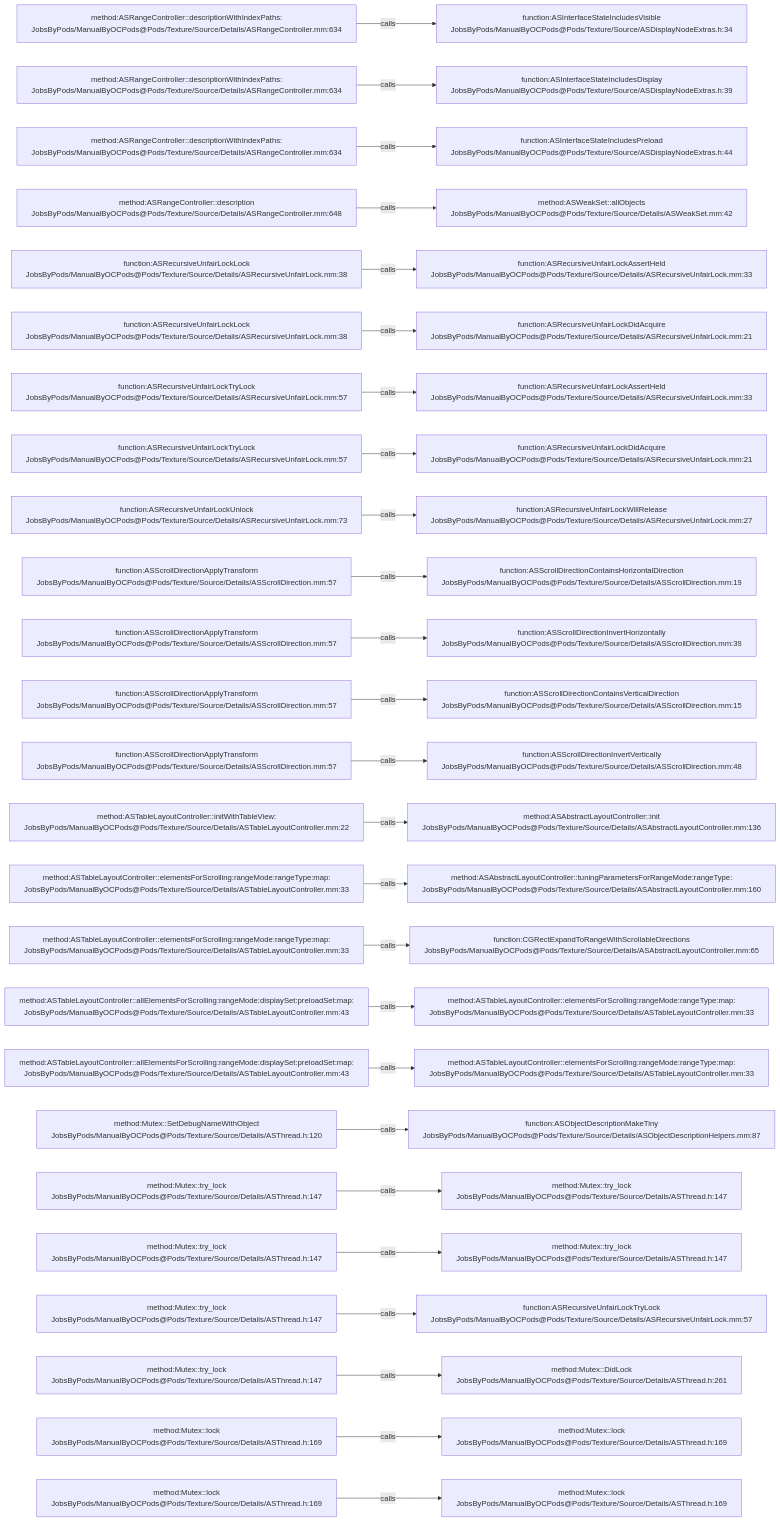
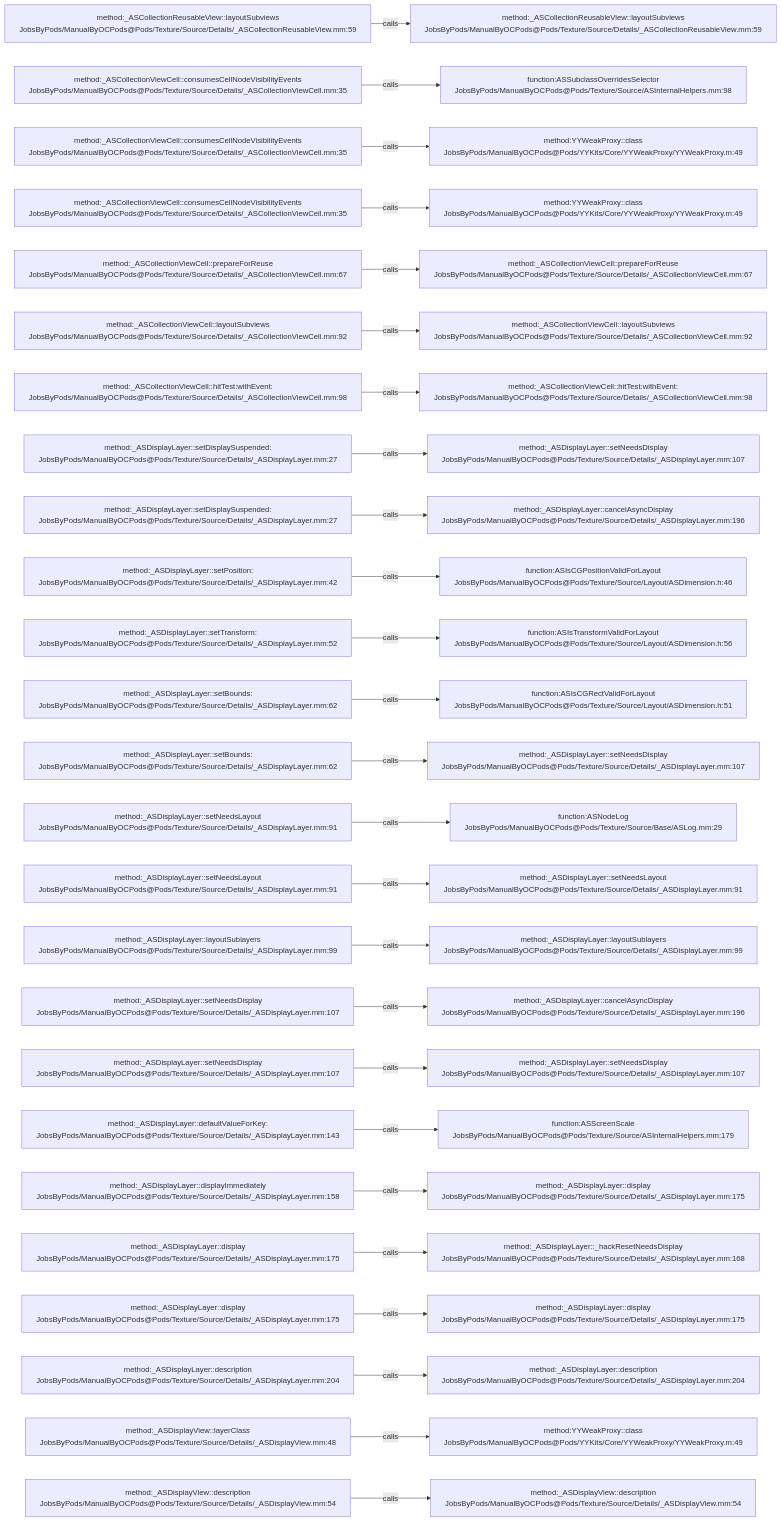
The diagram in .codegraph/codegraph.md/graphs/calls-163.md (JobsKits/JobsOCBaseConfigDemo), drawn with Mermaid before and after one commit. The commit also changed 1448 other files, not shown here.

````diff
--- a/.codegraph/codegraph.md/graphs/calls-163.md
+++ b/.codegraph/codegraph.md/graphs/calls-163.md
@@ -13,78 +13,78 @@
 ```mermaid
 flowchart LR
-  S1["method:ASRangeController::descriptionWithIndexPaths:<br/>JobsByPods/ManualByOCPods@Pods/Texture/Source/Details/ASRangeController.mm:634"]
-  T1["function:ASInterfaceStateIncludesVisible<br/>JobsByPods/ManualByOCPods@Pods/Texture/Source/ASDisplayNodeExtras.h:34"]
+  S1["method:_ASCollectionReusableView::layoutSubviews<br/>JobsByPods/ManualByOCPods@Pods/Texture/Source/Details/_ASCollectionReusableView.mm:59"]
+  T1["method:_ASCollectionReusableView::layoutSubviews<br/>JobsByPods/ManualByOCPods@Pods/Texture/Source/Details/_ASCollectionReusableView.mm:59"]
   S1 -->|calls| T1
-  S2["method:ASRangeController::descriptionWithIndexPaths:<br/>JobsByPods/ManualByOCPods@Pods/Texture/Source/Details/ASRangeController.mm:634"]
-  T2["function:ASInterfaceStateIncludesDisplay<br/>JobsByPods/ManualByOCPods@Pods/Texture/Source/ASDisplayNodeExtras.h:39"]
+  S2["method:_ASCollectionViewCell::consumesCellNodeVisibilityEvents<br/>JobsByPods/ManualByOCPods@Pods/Texture/Source/Details/_ASCollectionViewCell.mm:35"]
+  T2["function:ASSubclassOverridesSelector<br/>JobsByPods/ManualByOCPods@Pods/Texture/Source/ASInternalHelpers.mm:98"]
   S2 -->|calls| T2
-  S3["method:ASRangeController::descriptionWithIndexPaths:<br/>JobsByPods/ManualByOCPods@Pods/Texture/Source/Details/ASRangeController.mm:634"]
-  T3["function:ASInterfaceStateIncludesPreload<br/>JobsByPods/ManualByOCPods@Pods/Texture/Source/ASDisplayNodeExtras.h:44"]
+  S3["method:_ASCollectionViewCell::consumesCellNodeVisibilityEvents<br/>JobsByPods/ManualByOCPods@Pods/Texture/Source/Details/_ASCollectionViewCell.mm:35"]
+  T3["method:YYWeakProxy::class<br/>JobsByPods/ManualByOCPods@Pods/YYKits/Core/YYWeakProxy/YYWeakProxy.m:49"]
   S3 -->|calls| T3
-  S4["method:ASRangeController::description<br/>JobsByPods/ManualByOCPods@Pods/Texture/Source/Details/ASRangeController.mm:648"]
-  T4["method:ASWeakSet::allObjects<br/>JobsByPods/ManualByOCPods@Pods/Texture/Source/Details/ASWeakSet.mm:42"]
+  S4["method:_ASCollectionViewCell::consumesCellNodeVisibilityEvents<br/>JobsByPods/ManualByOCPods@Pods/Texture/Source/Details/_ASCollectionViewCell.mm:35"]
+  T4["method:YYWeakProxy::class<br/>JobsByPods/ManualByOCPods@Pods/YYKits/Core/YYWeakProxy/YYWeakProxy.m:49"]
   S4 -->|calls| T4
-  S5["function:ASRecursiveUnfairLockLock<br/>JobsByPods/ManualByOCPods@Pods/Texture/Source/Details/ASRecursiveUnfairLock.mm:38"]
-  T5["function:ASRecursiveUnfairLockAssertHeld<br/>JobsByPods/ManualByOCPods@Pods/Texture/Source/Details/ASRecursiveUnfairLock.mm:33"]
+  S5["method:_ASCollectionViewCell::prepareForReuse<br/>JobsByPods/ManualByOCPods@Pods/Texture/Source/Details/_ASCollectionViewCell.mm:67"]
+  T5["method:_ASCollectionViewCell::prepareForReuse<br/>JobsByPods/ManualByOCPods@Pods/Texture/Source/Details/_ASCollectionViewCell.mm:67"]
   S5 -->|calls| T5
-  S6["function:ASRecursiveUnfairLockLock<br/>JobsByPods/ManualByOCPods@Pods/Texture/Source/Details/ASRecursiveUnfairLock.mm:38"]
-  T6["function:ASRecursiveUnfairLockDidAcquire<br/>JobsByPods/ManualByOCPods@Pods/Texture/Source/Details/ASRecursiveUnfairLock.mm:21"]
+  S6["method:_ASCollectionViewCell::layoutSubviews<br/>JobsByPods/ManualByOCPods@Pods/Texture/Source/Details/_ASCollectionViewCell.mm:92"]
+  T6["method:_ASCollectionViewCell::layoutSubviews<br/>JobsByPods/ManualByOCPods@Pods/Texture/Source/Details/_ASCollectionViewCell.mm:92"]
   S6 -->|calls| T6
-  S7["function:ASRecursiveUnfairLockTryLock<br/>JobsByPods/ManualByOCPods@Pods/Texture/Source/Details/ASRecursiveUnfairLock.mm:57"]
-  T7["function:ASRecursiveUnfairLockAssertHeld<br/>JobsByPods/ManualByOCPods@Pods/Texture/Source/Details/ASRecursiveUnfairLock.mm:33"]
+  S7["method:_ASCollectionViewCell::hitTest:withEvent:<br/>JobsByPods/ManualByOCPods@Pods/Texture/Source/Details/_ASCollectionViewCell.mm:98"]
+  T7["method:_ASCollectionViewCell::hitTest:withEvent:<br/>JobsByPods/ManualByOCPods@Pods/Texture/Source/Details/_ASCollectionViewCell.mm:98"]
   S7 -->|calls| T7
-  S8["function:ASRecursiveUnfairLockTryLock<br/>JobsByPods/ManualByOCPods@Pods/Texture/Source/Details/ASRecursiveUnfairLock.mm:57"]
-  T8["function:ASRecursiveUnfairLockDidAcquire<br/>JobsByPods/ManualByOCPods@Pods/Texture/Source/Details/ASRecursiveUnfairLock.mm:21"]
+  S8["method:_ASDisplayLayer::setDisplaySuspended:<br/>JobsByPods/ManualByOCPods@Pods/Texture/Source/Details/_ASDisplayLayer.mm:27"]
+  T8["method:_ASDisplayLayer::setNeedsDisplay<br/>JobsByPods/ManualByOCPods@Pods/Texture/Source/Details/_ASDisplayLayer.mm:107"]
   S8 -->|calls| T8
-  S9["function:ASRecursiveUnfairLockUnlock<br/>JobsByPods/ManualByOCPods@Pods/Texture/Source/Details/ASRecursiveUnfairLock.mm:73"]
-  T9["function:ASRecursiveUnfairLockWillRelease<br/>JobsByPods/ManualByOCPods@Pods/Texture/Source/Details/ASRecursiveUnfairLock.mm:27"]
+  S9["method:_ASDisplayLayer::setDisplaySuspended:<br/>JobsByPods/ManualByOCPods@Pods/Texture/Source/Details/_ASDisplayLayer.mm:27"]
+  T9["method:_ASDisplayLayer::cancelAsyncDisplay<br/>JobsByPods/ManualByOCPods@Pods/Texture/Source/Details/_ASDisplayLayer.mm:196"]
   S9 -->|calls| T9
-  S10["function:ASScrollDirectionApplyTransform<br/>JobsByPods/ManualByOCPods@Pods/Texture/Source/Details/ASScrollDirection.mm:57"]
-  T10["function:ASScrollDirectionContainsHorizontalDirection<br/>JobsByPods/ManualByOCPods@Pods/Texture/Source/Details/ASScrollDirection.mm:19"]
+  S10["method:_ASDisplayLayer::setPosition:<br/>JobsByPods/ManualByOCPods@Pods/Texture/Source/Details/_ASDisplayLayer.mm:42"]
+  T10["function:ASIsCGPositionValidForLayout<br/>JobsByPods/ManualByOCPods@Pods/Texture/Source/Layout/ASDimension.h:46"]
   S10 -->|calls| T10
-  S11["function:ASScrollDirectionApplyTransform<br/>JobsByPods/ManualByOCPods@Pods/Texture/Source/Details/ASScrollDirection.mm:57"]
-  T11["function:ASScrollDirectionInvertHorizontally<br/>JobsByPods/ManualByOCPods@Pods/Texture/Source/Details/ASScrollDirection.mm:39"]
+  S11["method:_ASDisplayLayer::setTransform:<br/>JobsByPods/ManualByOCPods@Pods/Texture/Source/Details/_ASDisplayLayer.mm:52"]
+  T11["function:ASIsTransformValidForLayout<br/>JobsByPods/ManualByOCPods@Pods/Texture/Source/Layout/ASDimension.h:56"]
   S11 -->|calls| T11
-  S12["function:ASScrollDirectionApplyTransform<br/>JobsByPods/ManualByOCPods@Pods/Texture/Source/Details/ASScrollDirection.mm:57"]
-  T12["function:ASScrollDirectionContainsVerticalDirection<br/>JobsByPods/ManualByOCPods@Pods/Texture/Source/Details/ASScrollDirection.mm:15"]
+  S12["method:_ASDisplayLayer::setBounds:<br/>JobsByPods/ManualByOCPods@Pods/Texture/Source/Details/_ASDisplayLayer.mm:62"]
+  T12["function:ASIsCGRectValidForLayout<br/>JobsByPods/ManualByOCPods@Pods/Texture/Source/Layout/ASDimension.h:51"]
   S12 -->|calls| T12
-  S13["function:ASScrollDirectionApplyTransform<br/>JobsByPods/ManualByOCPods@Pods/Texture/Source/Details/ASScrollDirection.mm:57"]
-  T13["function:ASScrollDirectionInvertVertically<br/>JobsByPods/ManualByOCPods@Pods/Texture/Source/Details/ASScrollDirection.mm:48"]
+  S13["method:_ASDisplayLayer::setBounds:<br/>JobsByPods/ManualByOCPods@Pods/Texture/Source/Details/_ASDisplayLayer.mm:62"]
+  T13["method:_ASDisplayLayer::setNeedsDisplay<br/>JobsByPods/ManualByOCPods@Pods/Texture/Source/Details/_ASDisplayLayer.mm:107"]
   S13 -->|calls| T13
-  S14["method:ASTableLayoutController::initWithTableView:<br/>JobsByPods/ManualByOCPods@Pods/Texture/Source/Details/ASTableLayoutController.mm:22"]
-  T14["method:ASAbstractLayoutController::init<br/>JobsByPods/ManualByOCPods@Pods/Texture/Source/Details/ASAbstractLayoutController.mm:136"]
+  S14["method:_ASDisplayLayer::setNeedsLayout<br/>JobsByPods/ManualByOCPods@Pods/Texture/Source/Details/_ASDisplayLayer.mm:91"]
+  T14["function:ASNodeLog<br/>JobsByPods/ManualByOCPods@Pods/Texture/Source/Base/ASLog.mm:29"]
   S14 -->|calls| T14
-  S15["method:ASTableLayoutController::elementsForScrolling:rangeMode:rangeType:map:<br/>JobsByPods/ManualByOCPods@Pods/Texture/Source/Details/ASTableLayoutController.mm:33"]
-  T15["method:ASAbstractLayoutController::tuningParametersForRangeMode:rangeType:<br/>JobsByPods/ManualByOCPods@Pods/Texture/Source/Details/ASAbstractLayoutController.mm:160"]
+  S15["method:_ASDisplayLayer::setNeedsLayout<br/>JobsByPods/ManualByOCPods@Pods/Texture/Source/Details/_ASDisplayLayer.mm:91"]
+  T15["method:_ASDisplayLayer::setNeedsLayout<br/>JobsByPods/ManualByOCPods@Pods/Texture/Source/Details/_ASDisplayLayer.mm:91"]
   S15 -->|calls| T15
-  S16["method:ASTableLayoutController::elementsForScrolling:rangeMode:rangeType:map:<br/>JobsByPods/ManualByOCPods@Pods/Texture/Source/Details/ASTableLayoutController.mm:33"]
-  T16["function:CGRectExpandToRangeWithScrollableDirections<br/>JobsByPods/ManualByOCPods@Pods/Texture/Source/Details/ASAbstractLayoutController.mm:65"]
+  S16["method:_ASDisplayLayer::layoutSublayers<br/>JobsByPods/ManualByOCPods@Pods/Texture/Source/Details/_ASDisplayLayer.mm:99"]
+  T16["method:_ASDisplayLayer::layoutSublayers<br/>JobsByPods/ManualByOCPods@Pods/Texture/Source/Details/_ASDisplayLayer.mm:99"]
   S16 -->|calls| T16
-  S17["method:ASTableLayoutController::allElementsForScrolling:rangeMode:displaySet:preloadSet:map:<br/>JobsByPods/ManualByOCPods@Pods/Texture/Source/Details/ASTableLayoutController.mm:43"]
-  T17["method:ASTableLayoutController::elementsForScrolling:rangeMode:rangeType:map:<br/>JobsByPods/ManualByOCPods@Pods/Texture/Source/Details/ASTableLayoutController.mm:33"]
+  S17["method:_ASDisplayLayer::setNeedsDisplay<br/>JobsByPods/ManualByOCPods@Pods/Texture/Source/Details/_ASDisplayLayer.mm:107"]
+  T17["method:_ASDisplayLayer::cancelAsyncDisplay<br/>JobsByPods/ManualByOCPods@Pods/Texture/Source/Details/_ASDisplayLayer.mm:196"]
   S17 -->|calls| T17
-  S18["method:ASTableLayoutController::allElementsForScrolling:rangeMode:displaySet:preloadSet:map:<br/>JobsByPods/ManualByOCPods@Pods/Texture/Source/Details/ASTableLayoutController.mm:43"]
-  T18["method:ASTableLayoutController::elementsForScrolling:rangeMode:rangeType:map:<br/>JobsByPods/ManualByOCPods@Pods/Texture/Source/Details/ASTableLayoutController.mm:33"]
+  S18["method:_ASDisplayLayer::setNeedsDisplay<br/>JobsByPods/ManualByOCPods@Pods/Texture/Source/Details/_ASDisplayLayer.mm:107"]
+  T18["method:_ASDisplayLayer::setNeedsDisplay<br/>JobsByPods/ManualByOCPods@Pods/Texture/Source/Details/_ASDisplayLayer.mm:107"]
   S18 -->|calls| T18
-  S19["method:Mutex::SetDebugNameWithObject<br/>JobsByPods/ManualByOCPods@Pods/Texture/Source/Details/ASThread.h:120"]
-  T19["function:ASObjectDescriptionMakeTiny<br/>JobsByPods/ManualByOCPods@Pods/Texture/Source/Details/ASObjectDescriptionHelpers.mm:87"]
+  S19["method:_ASDisplayLayer::defaultValueForKey:<br/>JobsByPods/ManualByOCPods@Pods/Texture/Source/Details/_ASDisplayLayer.mm:143"]
+  T19["function:ASScreenScale<br/>JobsByPods/ManualByOCPods@Pods/Texture/Source/ASInternalHelpers.mm:179"]
   S19 -->|calls| T19
-  S20["method:Mutex::try_lock<br/>JobsByPods/ManualByOCPods@Pods/Texture/Source/Details/ASThread.h:147"]
-  T20["method:Mutex::try_lock<br/>JobsByPods/ManualByOCPods@Pods/Texture/Source/Details/ASThread.h:147"]
+  S20["method:_ASDisplayLayer::displayImmediately<br/>JobsByPods/ManualByOCPods@Pods/Texture/Source/Details/_ASDisplayLayer.mm:158"]
+  T20["method:_ASDisplayLayer::display<br/>JobsByPods/ManualByOCPods@Pods/Texture/Source/Details/_ASDisplayLayer.mm:175"]
   S20 -->|calls| T20
-  S21["method:Mutex::try_lock<br/>JobsByPods/ManualByOCPods@Pods/Texture/Source/Details/ASThread.h:147"]
-  T21["method:Mutex::try_lock<br/>JobsByPods/ManualByOCPods@Pods/Texture/Source/Details/ASThread.h:147"]
+  S21["method:_ASDisplayLayer::display<br/>JobsByPods/ManualByOCPods@Pods/Texture/Source/Details/_ASDisplayLayer.mm:175"]
+  T21["method:_ASDisplayLayer::_hackResetNeedsDisplay<br/>JobsByPods/ManualByOCPods@Pods/Texture/Source/Details/_ASDisplayLayer.mm:168"]
   S21 -->|calls| T21
-  S22["method:Mutex::try_lock<br/>JobsByPods/ManualByOCPods@Pods/Texture/Source/Details/ASThread.h:147"]
-  T22["function:ASRecursiveUnfairLockTryLock<br/>JobsByPods/ManualByOCPods@Pods/Texture/Source/Details/ASRecursiveUnfairLock.mm:57"]
+  S22["method:_ASDisplayLayer::display<br/>JobsByPods/ManualByOCPods@Pods/Texture/Source/Details/_ASDisplayLayer.mm:175"]
+  T22["method:_ASDisplayLayer::display<br/>JobsByPods/ManualByOCPods@Pods/Texture/Source/Details/_ASDisplayLayer.mm:175"]
   S22 -->|calls| T22
-  S23["method:Mutex::try_lock<br/>JobsByPods/ManualByOCPods@Pods/Texture/Source/Details/ASThread.h:147"]
-  T23["method:Mutex::DidLock<br/>JobsByPods/ManualByOCPods@Pods/Texture/Source/Details/ASThread.h:261"]
+  S23["method:_ASDisplayLayer::description<br/>JobsByPods/ManualByOCPods@Pods/Texture/Source/Details/_ASDisplayLayer.mm:204"]
+  T23["method:_ASDisplayLayer::description<br/>JobsByPods/ManualByOCPods@Pods/Texture/Source/Details/_ASDisplayLayer.mm:204"]
   S23 -->|calls| T23
-  S24["method:Mutex::lock<br/>JobsByPods/ManualByOCPods@Pods/Texture/Source/Details/ASThread.h:169"]
-  T24["method:Mutex::lock<br/>JobsByPods/ManualByOCPods@Pods/Texture/Source/Details/ASThread.h:169"]
+  S24["method:_ASDisplayView::layerClass<br/>JobsByPods/ManualByOCPods@Pods/Texture/Source/Details/_ASDisplayView.mm:48"]
+  T24["method:YYWeakProxy::class<br/>JobsByPods/ManualByOCPods@Pods/YYKits/Core/YYWeakProxy/YYWeakProxy.m:49"]
   S24 -->|calls| T24
-  S25["method:Mutex::lock<br/>JobsByPods/ManualByOCPods@Pods/Texture/Source/Details/ASThread.h:169"]
-  T25["method:Mutex::lock<br/>JobsByPods/ManualByOCPods@Pods/Texture/Source/Details/ASThread.h:169"]
+  S25["method:_ASDisplayView::description<br/>JobsByPods/ManualByOCPods@Pods/Texture/Source/Details/_ASDisplayView.mm:54"]
+  T25["method:_ASDisplayView::description<br/>JobsByPods/ManualByOCPods@Pods/Texture/Source/Details/_ASDisplayView.mm:54"]
   S25 -->|calls| T25
 ```
````
